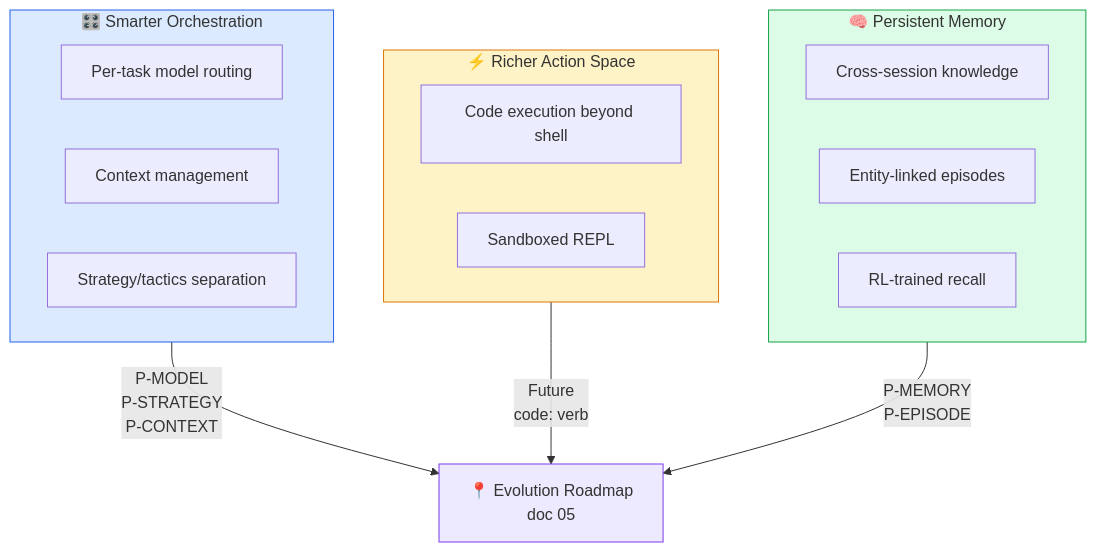
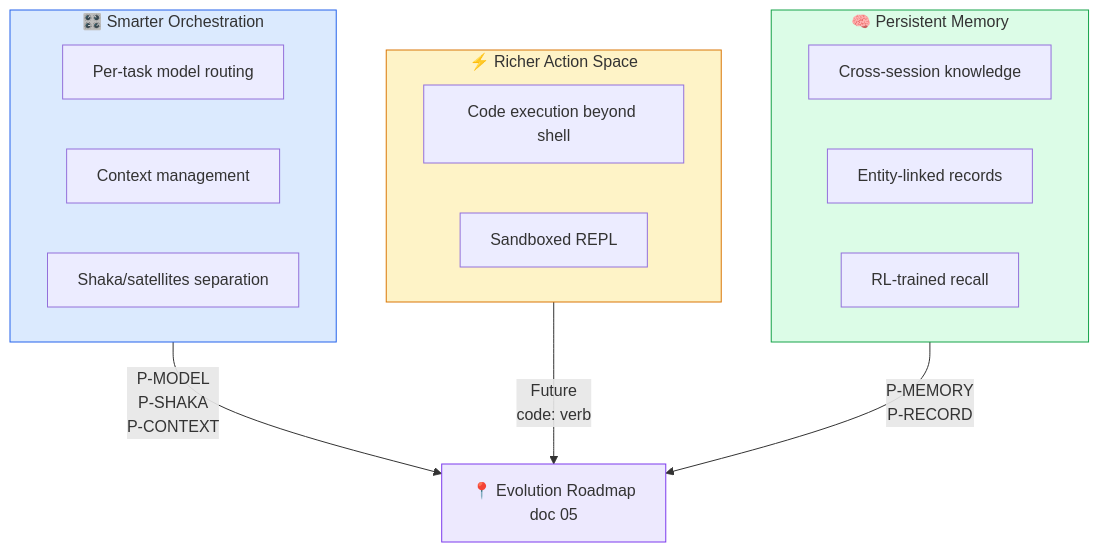
Before and after one commit to supernovae-st/nika: the seventh of 7 diagrams in docs/brainstorm/nika-evolution/02-scientific-literature.md, drawn with Mermaid. The commit also changed other lines of this file and 12 other files, not shown here.

````diff
--- a/docs/brainstorm/nika-evolution/02-scientific-literature.md
+++ b/docs/brainstorm/nika-evolution/02-scientific-literature.md
@@ -267,28 +267,28 @@
 ```mermaid
 flowchart TB
     subgraph AXE1["🎛️ Smarter Orchestration"]
         O1["Per-task model routing"]
         O2["Context management"]
-        O3["Strategy/tactics separation"]
+        O3["Shaka/satellites separation"]
     end
 
     subgraph AXE2["⚡ Richer Action Space"]
         A1["Code execution beyond shell"]
         A2["Sandboxed REPL"]
     end
 
     subgraph AXE3["🧠 Persistent Memory"]
         M1["Cross-session knowledge"]
-        M2["Entity-linked episodes"]
+        M2["Entity-linked records"]
         M3["RL-trained recall"]
     end
 
-    AXE1 --> |"P-MODEL\nP-STRATEGY\nP-CONTEXT"| ROADMAP["📍 Evolution Roadmap\ndoc 05"]
+    AXE1 --> |"P-MODEL\nP-SHAKA\nP-CONTEXT"| ROADMAP["📍 Evolution Roadmap\ndoc 05"]
     AXE2 --> |"Future\ncode: verb"| ROADMAP
-    AXE3 --> |"P-MEMORY\nP-EPISODE"| ROADMAP
+    AXE3 --> |"P-MEMORY\nP-RECORD"| ROADMAP
 
     style AXE1 fill:#dbeafe,stroke:#2563eb
     style AXE2 fill:#fef3c7,stroke:#d97706
     style AXE3 fill:#dcfce7,stroke:#16a34a
     style ROADMAP fill:#ede9fe,stroke:#7c3aed
 ```
````
